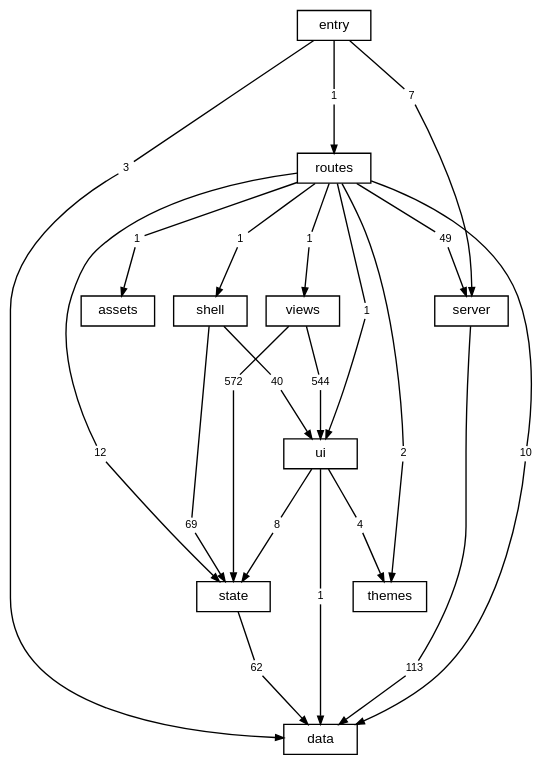
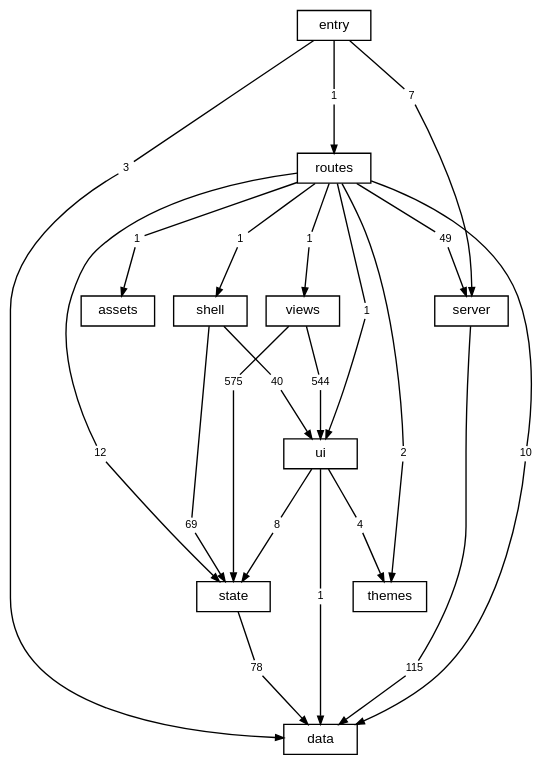
One commit to TheAxeC/oculus changed the diagram in docs/diagrams/layers.dot. Above: the diagram before and after it, drawn with Graphviz. The commit also changed 101 other files, not shown here.

```diff
--- a/docs/diagrams/layers.dot
+++ b/docs/diagrams/layers.dot
@@ -1,75 +1,75 @@
 digraph layers {
     graph [bgcolor="transparent", rankdir=TB, newrank=true, fontname="Helvetica,Arial,sans-serif", fontsize=12, nodesep=0.2, ranksep=0.5];
     node [shape=box, color="black", fontcolor="black", fontname="Helvetica,Arial,sans-serif", fontsize=10, height=0.3, margin="0.12,0.04"];
     edge [color="black", fontcolor="black", fontname="Helvetica,Arial,sans-serif", fontsize=8, arrowsize=0.6];
     "data";
     "server";
     "state";
     "ui";
     "shell";
     "views";
     "themes";
     "routes";
     "src" [label="entry"];
     "files: assets" [label="assets"];
     "routes to data" [label="10", shape=box, color="transparent", fontsize=8, width=0, height=0, margin="0.04,0.02"];
     "routes" -> "routes to data" [arrowhead=none];
     "routes to data" -> "data" [];
     "routes to files: assets" [label="1", shape=box, color="transparent", fontsize=8, width=0, height=0, margin="0.04,0.02"];
     "routes" -> "routes to files: assets" [arrowhead=none];
     "routes to files: assets" -> "files: assets" [];
     "routes to server" [label="49", shape=box, color="transparent", fontsize=8, width=0, height=0, margin="0.04,0.02"];
     "routes" -> "routes to server" [arrowhead=none];
     "routes to server" -> "server" [];
     "routes to shell" [label="1", shape=box, color="transparent", fontsize=8, width=0, height=0, margin="0.04,0.02"];
     "routes" -> "routes to shell" [arrowhead=none];
     "routes to shell" -> "shell" [];
     "routes to state" [label="12", shape=box, color="transparent", fontsize=8, width=0, height=0, margin="0.04,0.02"];
     "routes" -> "routes to state" [arrowhead=none];
     "routes to state" -> "state" [];
     "routes to themes" [label="2", shape=box, color="transparent", fontsize=8, width=0, height=0, margin="0.04,0.02"];
     "routes" -> "routes to themes" [arrowhead=none];
     "routes to themes" -> "themes" [];
     "routes to ui" [label="1", shape=box, color="transparent", fontsize=8, width=0, height=0, margin="0.04,0.02"];
     "routes" -> "routes to ui" [arrowhead=none];
     "routes to ui" -> "ui" [];
     "routes to views" [label="1", shape=box, color="transparent", fontsize=8, width=0, height=0, margin="0.04,0.02"];
     "routes" -> "routes to views" [arrowhead=none];
     "routes to views" -> "views" [];
-    "server to data" [label="113", shape=box, color="transparent", fontsize=8, width=0, height=0, margin="0.04,0.02"];
+    "server to data" [label="115", shape=box, color="transparent", fontsize=8, width=0, height=0, margin="0.04,0.02"];
     "server" -> "server to data" [arrowhead=none];
     "server to data" -> "data" [];
     "shell to state" [label="69", shape=box, color="transparent", fontsize=8, width=0, height=0, margin="0.04,0.02"];
     "shell" -> "shell to state" [arrowhead=none];
     "shell to state" -> "state" [];
     "shell to ui" [label="40", shape=box, color="transparent", fontsize=8, width=0, height=0, margin="0.04,0.02"];
     "shell" -> "shell to ui" [arrowhead=none];
     "shell to ui" -> "ui" [];
     "src to data" [label="3", shape=box, color="transparent", fontsize=8, width=0, height=0, margin="0.04,0.02"];
     "src" -> "src to data" [arrowhead=none];
     "src to data" -> "data" [];
     "src to routes" [label="1", shape=box, color="transparent", fontsize=8, width=0, height=0, margin="0.04,0.02"];
     "src" -> "src to routes" [arrowhead=none];
     "src to routes" -> "routes" [];
     "src to server" [label="7", shape=box, color="transparent", fontsize=8, width=0, height=0, margin="0.04,0.02"];
     "src" -> "src to server" [arrowhead=none];
     "src to server" -> "server" [];
-    "state to data" [label="62", shape=box, color="transparent", fontsize=8, width=0, height=0, margin="0.04,0.02"];
+    "state to data" [label="78", shape=box, color="transparent", fontsize=8, width=0, height=0, margin="0.04,0.02"];
     "state" -> "state to data" [arrowhead=none];
     "state to data" -> "data" [];
     "ui to data" [label="1", shape=box, color="transparent", fontsize=8, width=0, height=0, margin="0.04,0.02"];
     "ui" -> "ui to data" [arrowhead=none];
     "ui to data" -> "data" [];
     "ui to state" [label="8", shape=box, color="transparent", fontsize=8, width=0, height=0, margin="0.04,0.02"];
     "ui" -> "ui to state" [arrowhead=none];
     "ui to state" -> "state" [];
     "ui to themes" [label="4", shape=box, color="transparent", fontsize=8, width=0, height=0, margin="0.04,0.02"];
     "ui" -> "ui to themes" [arrowhead=none];
     "ui to themes" -> "themes" [];
-    "views to state" [label="572", shape=box, color="transparent", fontsize=8, width=0, height=0, margin="0.04,0.02"];
+    "views to state" [label="575", shape=box, color="transparent", fontsize=8, width=0, height=0, margin="0.04,0.02"];
     "views" -> "views to state" [arrowhead=none];
     "views to state" -> "state" [];
     "views to ui" [label="544", shape=box, color="transparent", fontsize=8, width=0, height=0, margin="0.04,0.02"];
     "views" -> "views to ui" [arrowhead=none];
     "views to ui" -> "ui" [];
 }
```
